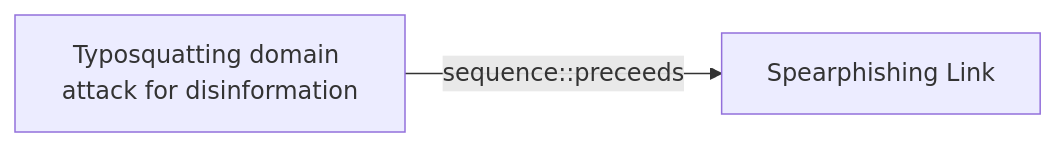
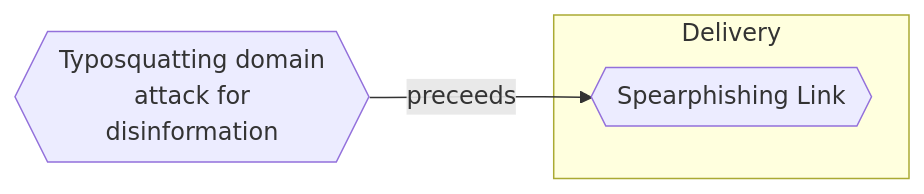
One commit to opentidehq/library changed the diagram in docs/threats/typosquatting-domain-attack-for-disinformation.md. Above: the diagram before and after it, drawn with Mermaid. The commit also changed other lines of this file and 540 other files, not shown here.

````diff
--- a/docs/threats/typosquatting-domain-attack-for-disinformation.md
+++ b/docs/threats/typosquatting-domain-attack-for-disinformation.md
@@ -103,6 +125,8 @@
 ```mermaid
 flowchart LR
-db3cae2f_3e6b_4aed_b346_43686bbb382e["Typosquatting domain attack for disinformation"]
-1a68b5eb_0112_424d_a21f_88dda0b6b8df["Spearphishing Link"]
-db3cae2f_3e6b_4aed_b346_43686bbb382e -->|sequence::preceeds| 1a68b5eb_0112_424d_a21f_88dda0b6b8df
+subgraph "Delivery"
+1a68b5eb_0112_424d_a21f_88dda0b6b8df{{"Spearphishing Link"}}
+end
+db3cae2f_3e6b_4aed_b346_43686bbb382e{{"Typosquatting domain<br>attack for<br>disinformation"}}
+db3cae2f_3e6b_4aed_b346_43686bbb382e -->|preceeds| 1a68b5eb_0112_424d_a21f_88dda0b6b8df
 ```
````
